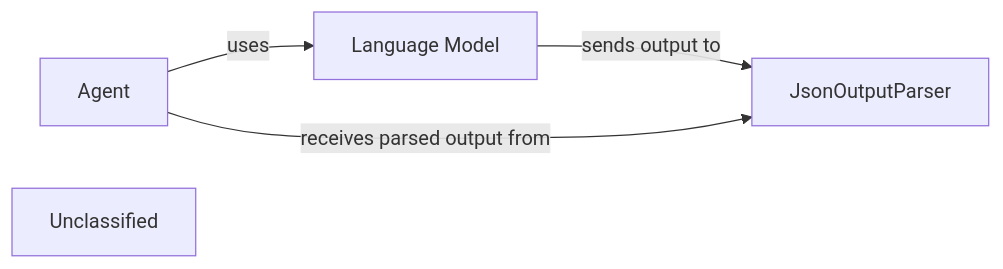
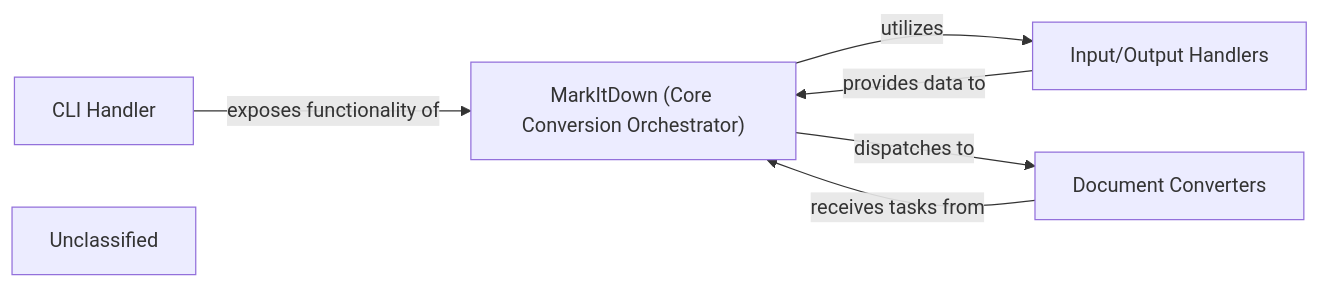
Before and after one commit to CodeBoarding/GeneratedOnBoardings: the diagram in markitdown/Core_Conversion_Orchestrator.md, drawn with Mermaid. The commit also changed other lines of this file and 12 other files, not shown here.

````diff
--- a/markitdown/Core_Conversion_Orchestrator.md
+++ b/markitdown/Core_Conversion_Orchestrator.md
@@ -1,10 +1,14 @@
 ```mermaid
 graph LR
-    Agent["Agent"]
-    Language_Model["Language Model"]
-    JsonOutputParser["JsonOutputParser"]
+    MarkItDown_Core_Conversion_Orchestrator_["MarkItDown (Core Conversion Orchestrator)"]
+    CLI_Handler["CLI Handler"]
+    Input_Output_Handlers["Input/Output Handlers"]
+    Document_Converters["Document Converters"]
     Unclassified["Unclassified"]
-    Agent -- "uses" --> Language_Model
-    Language_Model -- "sends output to" --> JsonOutputParser
-    Agent -- "receives parsed output from" --> JsonOutputParser
+    MarkItDown_Core_Conversion_Orchestrator_ -- "utilizes" --> Input_Output_Handlers
+    MarkItDown_Core_Conversion_Orchestrator_ -- "dispatches to" --> Document_Converters
+    CLI_Handler -- "exposes functionality of" --> MarkItDown_Core_Conversion_Orchestrator_
+    Input_Output_Handlers -- "provides data to" --> MarkItDown_Core_Conversion_Orchestrator_
+    Document_Converters -- "receives tasks from" --> MarkItDown_Core_Conversion_Orchestrator_
+    click CLI_Handler href "https://github.com/CodeBoarding/GeneratedOnBoardings/blob/main/markitdown/CLI_Handler.md" "Details"
 ```
````
